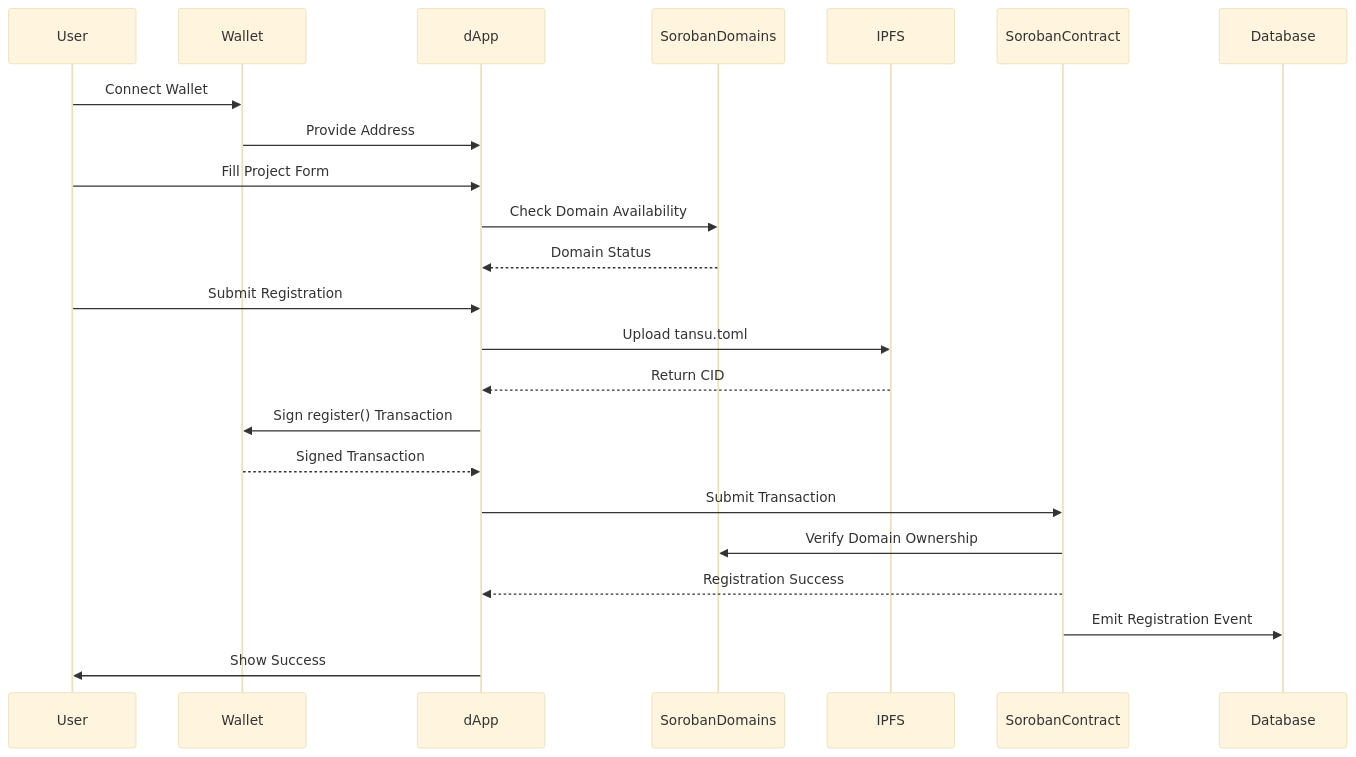
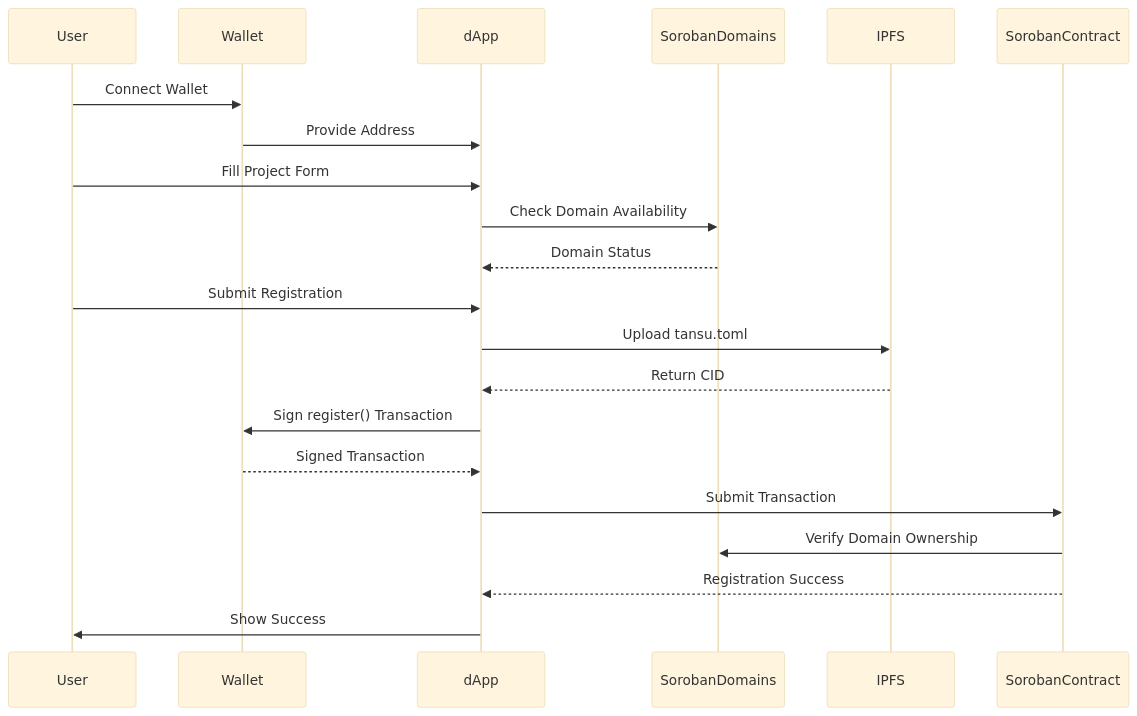
The second of 6 diagrams in website/docs/developers/user_flows.mdx (Consulting-Manao/tansu), drawn with Mermaid (base theme) before and after one commit. The commit also changed other lines of this file and 16 other files, not shown here.

````diff
--- a/website/docs/developers/user_flows.mdx
+++ b/website/docs/developers/user_flows.mdx
@@ -61,26 +54,24 @@
 ```mermaid
 sequenceDiagram
   participant U as User
   participant W as Wallet
   participant D as dApp
   participant SD as SorobanDomains
   participant IPFS as IPFS
   participant SC as SorobanContract
-  participant DB as Database
 
   U->>W: Connect Wallet
   W->>D: Provide Address
   U->>D: Fill Project Form
   D->>SD: Check Domain Availability
   SD-->>D: Domain Status
   U->>D: Submit Registration
   D->>IPFS: Upload tansu.toml
   IPFS-->>D: Return CID
   D->>W: Sign register() Transaction
   W-->>D: Signed Transaction
   D->>SC: Submit Transaction
   SC->>SD: Verify Domain Ownership
   SC-->>D: Registration Success
-  SC->>DB: Emit Registration Event
   D->>U: Show Success
 ```
````
